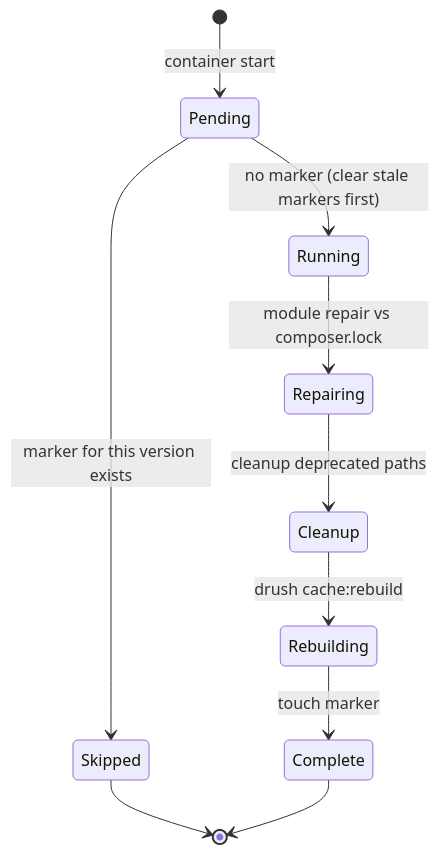
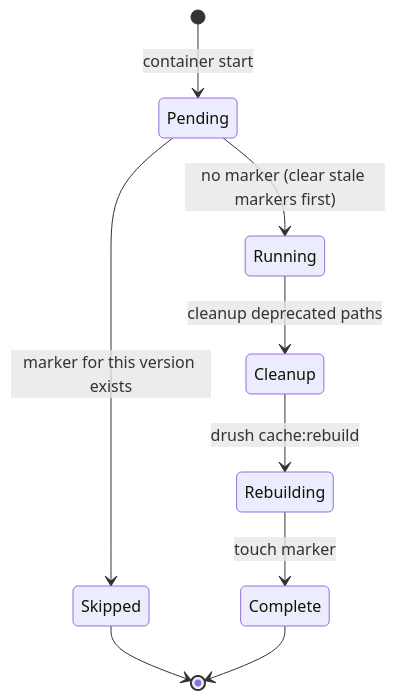
One commit to scbd/drupal-docker-wrapper changed the diagram in docs/drupal-docker-wrapper.md. Above: the diagram before and after it, drawn with Mermaid. The commit also changed other lines of this file and 11 other files, not shown here.

````diff
--- a/docs/drupal-docker-wrapper.md
+++ b/docs/drupal-docker-wrapper.md
@@ -70,12 +65,11 @@
 ```mermaid
 stateDiagram-v2
   [*] --> Pending: container start
   Pending --> Skipped: marker for this version exists
   Pending --> Running: no marker (clear stale markers first)
-  Running --> Repairing: module repair vs composer.lock
-  Repairing --> Cleanup: cleanup deprecated paths
+  Running --> Cleanup: cleanup deprecated paths
   Cleanup --> Rebuilding: drush cache:rebuild
   Rebuilding --> Complete: touch marker
   Skipped --> [*]
   Complete --> [*]
 ```
````
